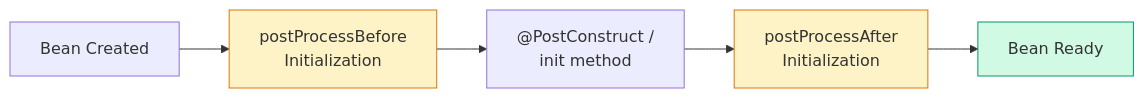
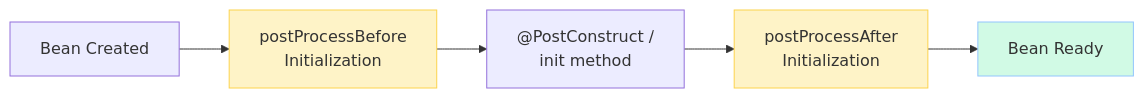
Before and after one commit to saivamsikaruturi/vamsilabs-dev-notes-main: the fourth of 5 diagrams in docs/springboot/SpringIOC.md, drawn with Mermaid. The commit also changed other lines of this file and 220 other files, not shown here.

First line of the commit message:
Add 50+ new Java/Spring Boot pages, rewrite CSS code blocks to Oracle style, fix all diagram colors

````diff
--- a/docs/springboot/SpringIOC.md
+++ b/docs/springboot/SpringIOC.md
@@ -387,11 +387,11 @@
 ```mermaid
 flowchart LR
     A["Bean Created"] --> B["postProcessBefore<br/>Initialization"]
     B --> C["@PostConstruct /<br/>init method"]
     C --> D["postProcessAfter<br/>Initialization"]
     D --> E["Bean Ready"]
 
-    style B fill:#FEF3C7,stroke:#D97706
-    style D fill:#FEF3C7,stroke:#D97706
-    style E fill:#D1FAE5,stroke:#059669
+    style B fill:#FEF3C7,stroke:#FCD34D
+    style D fill:#FEF3C7,stroke:#FCD34D
+    style E fill:#D1FAE5,stroke:#93C5FD
 ```
````
